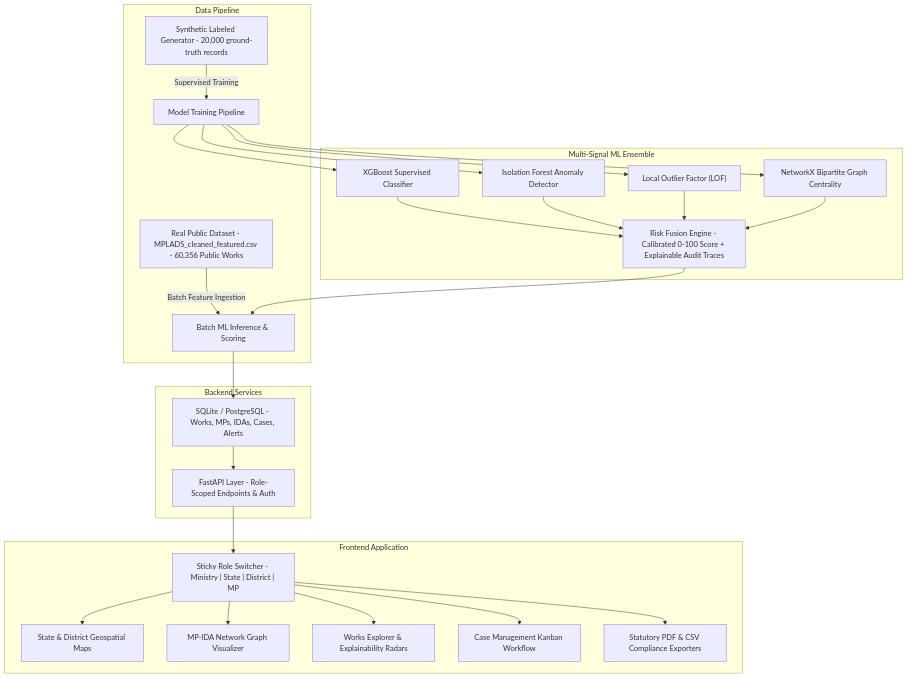
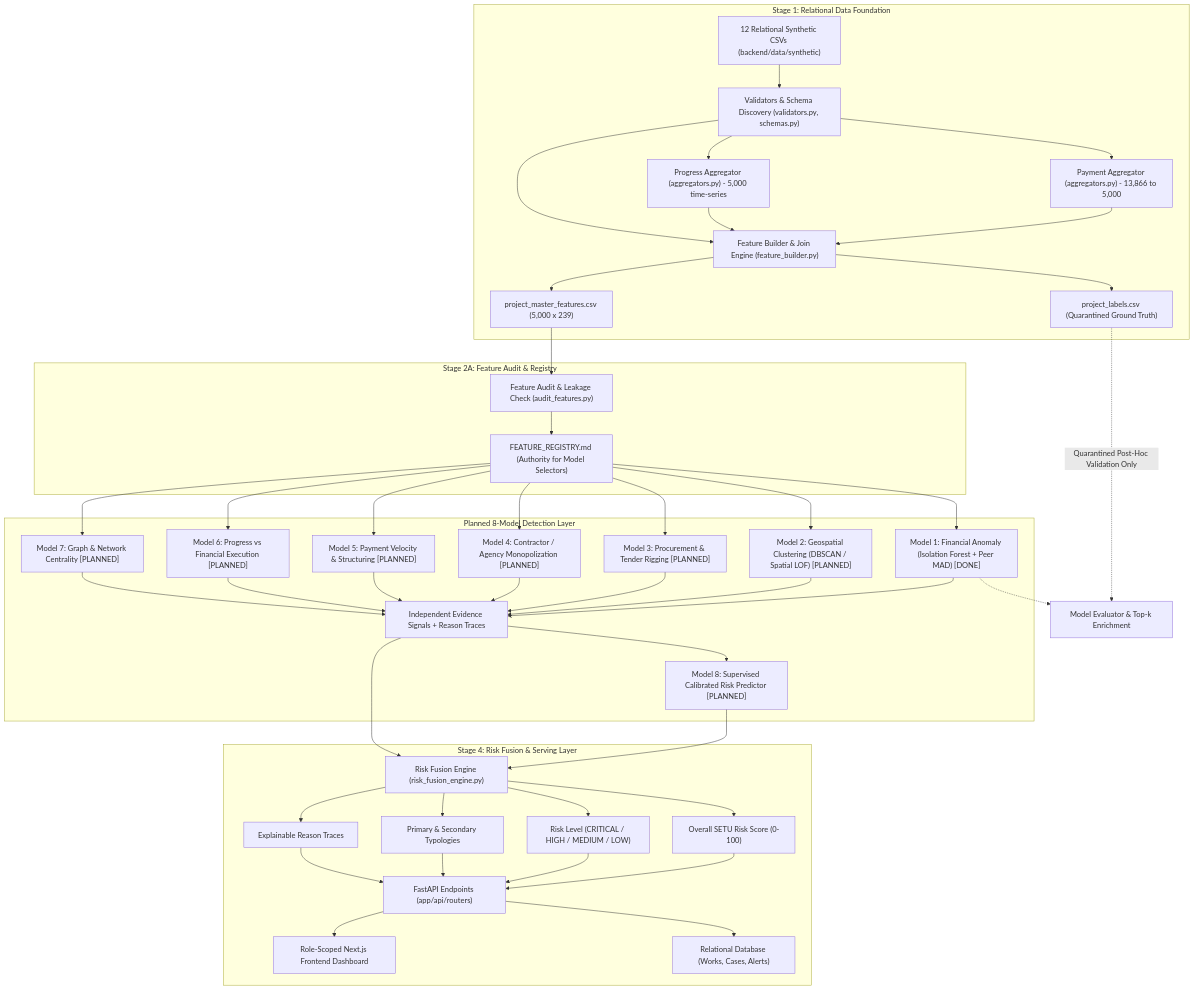
The first of 2 diagrams in README.md (Barath-j593/sih-2026), drawn with Mermaid before and after one commit. The commit also changed other lines of this file and 2 other files, not shown here.

Commit message:
Created a README fileto specify the implementation plan and the work done in backend

````diff
--- a/README.md
+++ b/README.md
@@ -15,39 +75,58 @@
 ```mermaid
 flowchart TD
-
-    subgraph DP["Data Pipeline"]
-        S1["Synthetic Labeled Generator - 20,000 ground-truth records"]
-        R1["Real Public Dataset - MPLADS_cleaned_featured.csv - 60,356 Public Works"]
-
-        S1 -->|Supervised Training| ML1["Model Training Pipeline"]
-        R1 -->|Batch Feature Ingestion| INF["Batch ML Inference & Scoring"]
+    subgraph DataFoundation ["Stage 1: Relational Data Foundation"]
+        R1["12 Relational Synthetic CSVs (backend/data/synthetic)"] --> V1["Validators & Schema Discovery (validators.py, schemas.py)"]
+        V1 --> AGG1["Payment Aggregator (aggregators.py) - 13,866 to 5,000"]
+        V1 --> AGG2["Progress Aggregator (aggregators.py) - 5,000 time-series"]
+        AGG1 --> FB["Feature Builder & Join Engine (feature_builder.py)"]
+        AGG2 --> FB
+        V1 --> FB
+        FB --> PMF["project_master_features.csv (5,000 x 239)"]
+        FB --> LABELS["project_labels.csv (Quarantined Ground Truth)"]
     end
 
-    subgraph ML["Multi-Signal ML Ensemble"]
-        ML1 --> E1["XGBoost Supervised Classifier"]
-        ML1 --> E2["Isolation Forest Anomaly Detector"]
-        ML1 --> E3["Local Outlier Factor (LOF)"]
-        ML1 --> E4["NetworkX Bipartite Graph Centrality"]
-
-        E1 --> FUS["Risk Fusion Engine - Calibrated 0-100 Score + Explainable Audit Traces"]
-        E2 --> FUS
-        E3 --> FUS
-        E4 --> FUS
-
-        FUS --> INF
+    subgraph FeatureGovernance ["Stage 2A: Feature Audit & Registry"]
+        PMF --> AUDIT["Feature Audit & Leakage Check (audit_features.py)"]
+        AUDIT --> REG["FEATURE_REGISTRY.md (Authority for Model Selectors)"]
     end
 
-    subgraph BE["Backend Services"]
-        INF --> DB["SQLite / PostgreSQL - Works, MPs, IDAs, Cases, Alerts"]
-        DB --> API["FastAPI Layer - Role-Scoped Endpoints & Auth"]
+    subgraph ModelLayer ["Planned 8-Model Detection Layer"]
+        REG --> M1["Model 1: Financial Anomaly (Isolation Forest + Peer MAD) [DONE]"]
+        REG --> M2["Model 2: Geospatial Clustering (DBSCAN / Spatial LOF) [PLANNED]"]
+        REG --> M3["Model 3: Procurement & Tender Rigging [PLANNED]"]
+        REG --> M4["Model 4: Contractor / Agency Monopolization [PLANNED]"]
+        REG --> M5["Model 5: Payment Velocity & Structuring [PLANNED]"]
+        REG --> M6["Model 6: Progress vs Financial Execution [PLANNED]"]
+        REG --> M7["Model 7: Graph & Network Centrality [PLANNED]"]
+        
+        M1 --> EV["Independent Evidence Signals + Reason Traces"]
+        M2 --> EV
+        M3 --> EV
+        M4 --> EV
+        M5 --> EV
+        M6 --> EV
+        M7 --> EV
+        
+        EV --> M8["Model 8: Supervised Calibrated Risk Predictor [PLANNED]"]
     end
 
-    subgraph FE["Frontend Application"]
-        API --> UI1["Sticky Role Switcher - Ministry | State | District | MP"]
-        UI1 --> UI2["State & District Geospatial Maps"]
-        UI1 --> UI3["MP-IDA Network Graph Visualizer"]
-        UI1 --> UI4["Works Explorer & Explainability Radars"]
-        UI1 --> UI5["Case Management Kanban Workflow"]
-        UI1 --> UI6["Statutory PDF & CSV Compliance Exporters"]
+    subgraph DownstreamFusion ["Stage 4: Risk Fusion & Serving Layer"]
+        M8 --> FUSION["Risk Fusion Engine (risk_fusion_engine.py)"]
+        EV --> FUSION
+        FUSION --> SCORE["Overall SETU Risk Score (0-100)"]
+        FUSION --> TIER["Risk Level (CRITICAL / HIGH / MEDIUM / LOW)"]
+        FUSION --> TYP["Primary & Secondary Typologies"]
+        FUSION --> TRACE["Explainable Reason Traces"]
+        
+        SCORE --> API["FastAPI Endpoints (app/api/routers)"]
+        TIER --> API
+        TYP --> API
+        TRACE --> API
+        
+        API --> UI["Role-Scoped Next.js Frontend Dashboard"]
+        API --> DB["Relational Database (Works, Cases, Alerts)"]
     end
+
+    LABELS -.->|Quarantined Post-Hoc Validation Only| EVAL["Model Evaluator & Top-k Enrichment"]
+    M1 -.-> EVAL
 ```
````
